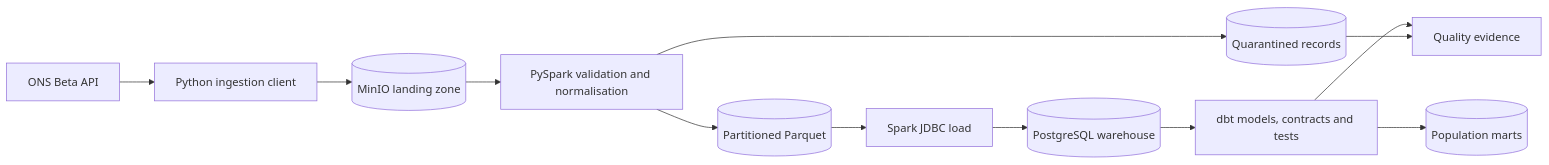
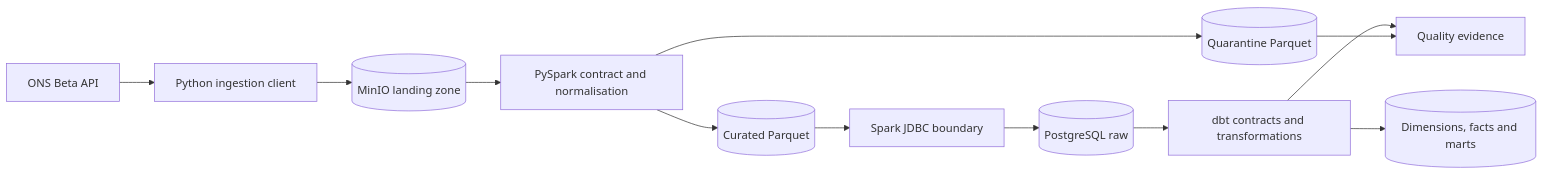
The diagram in README.md (richirobertson/data-pipeline-quality-lab), drawn with Mermaid before and after one commit. The commit also changed other lines of this file and 69 other files, not shown here.

````diff
--- a/README.md
+++ b/README.md
@@ -9,14 +28,14 @@
 ```mermaid
 flowchart LR
     ONS["ONS Beta API"] --> Client["Python ingestion client"]
     Client --> Landing[("MinIO landing zone")]
-    Landing --> Spark["PySpark validation and normalisation"]
-    Spark --> Quarantine[("Quarantined records")]
-    Spark --> Parquet[("Partitioned Parquet")]
-    Parquet --> Load["Spark JDBC load"]
-    Load --> Warehouse[("PostgreSQL warehouse")]
-    Warehouse --> DBT["dbt models, contracts and tests"]
-    DBT --> Marts[("Population marts")]
+    Landing --> Spark["PySpark contract and normalisation"]
+    Spark --> Quarantine[("Quarantine Parquet")]
+    Spark --> Parquet[("Curated Parquet")]
+    Parquet --> Load["Spark JDBC boundary"]
+    Load --> Raw[("PostgreSQL raw")]
+    Raw --> DBT["dbt contracts and transformations"]
+    DBT --> Models[("Dimensions, facts and marts")]
     DBT --> Evidence["Quality evidence"]
     Quarantine --> Evidence
 ```
````
